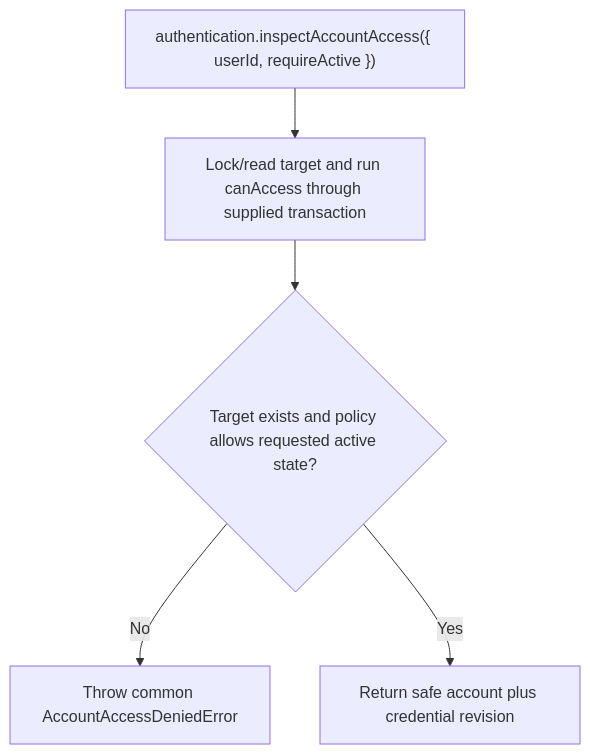
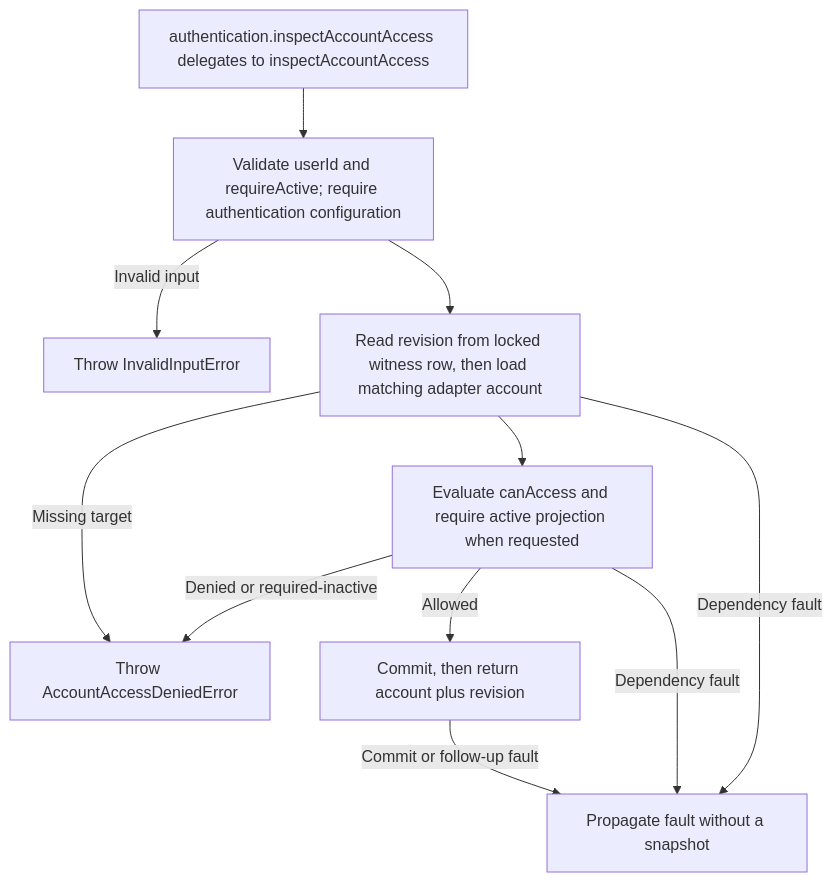
One commit to Kevinjohn/oss-adonisjs-account-kit changed the second of 2 diagrams in user-stories/US-ACCOUNT-42-inspect-account-access.md. Above: the diagram before and after it, drawn with Mermaid. The commit also changed other lines of this file and 70 other files, not shown here.

Commit message:
Refresh the Account Kit user story catalogue for 0.6.0

````diff
--- a/user-stories/US-ACCOUNT-42-inspect-account-access.md
+++ b/user-stories/US-ACCOUNT-42-inspect-account-access.md
@@ -33,7 +33,13 @@
 ```mermaid
 flowchart TD
- A["authentication.inspectAccountAccess({ userId, requireActive })"] --> B["Lock/read target and run canAccess through supplied transaction"]
- B --> C{"Target exists and policy allows requested active state?"}
- C -->|No| D["Throw common AccountAccessDeniedError"]
- C -->|Yes| E["Return safe account plus credential revision"]
+ A["authentication.inspectAccountAccess delegates to inspectAccountAccess"] --> B["Validate userId and requireActive; require authentication configuration"]
+ B -->|Invalid input| I["Throw InvalidInputError"]
+ B --> W["Read revision from locked witness row, then load matching adapter account"]
+ W -->|Missing target| D["Throw AccountAccessDeniedError"]
+ W --> P["Evaluate canAccess and require active projection when requested"]
+ P -->|Denied or required-inactive| D
+ P -->|Allowed| E["Commit, then return account plus revision"]
+ W -->|Dependency fault| F["Propagate fault without a snapshot"]
+ P -->|Dependency fault| F
+ E -->|Commit or follow-up fault| F
 ```
````
